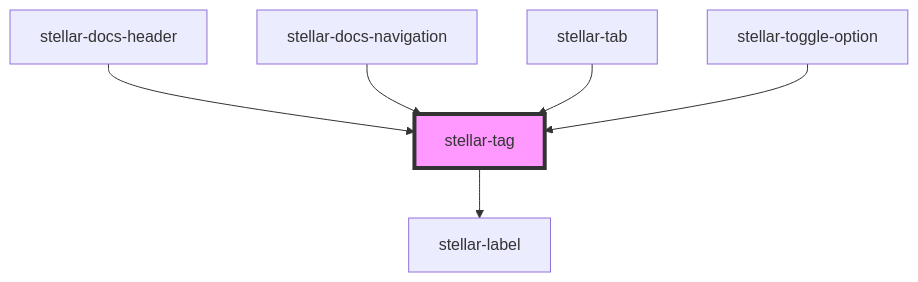
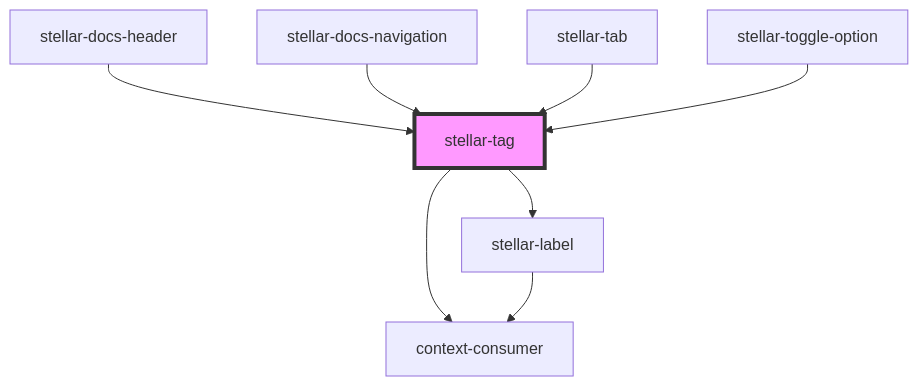
Before and after one commit to splitinfinities/Stellar: the diagram in src/components/ui/tag/readme.md, drawn with Mermaid. The commit also changed other lines of this file and 44 other files, not shown here.

````diff
--- a/src/components/ui/tag/readme.md
+++ b/src/components/ui/tag/readme.md
@@ -78,9 +80,11 @@
 ```mermaid
 graph TD;
   stellar-tag --> stellar-label
+  stellar-tag --> context-consumer
+  stellar-label --> context-consumer
   stellar-docs-header --> stellar-tag
   stellar-docs-navigation --> stellar-tag
   stellar-tab --> stellar-tag
   stellar-toggle-option --> stellar-tag
   style stellar-tag fill:#f9f,stroke:#333,stroke-width:4px
 ```
````
